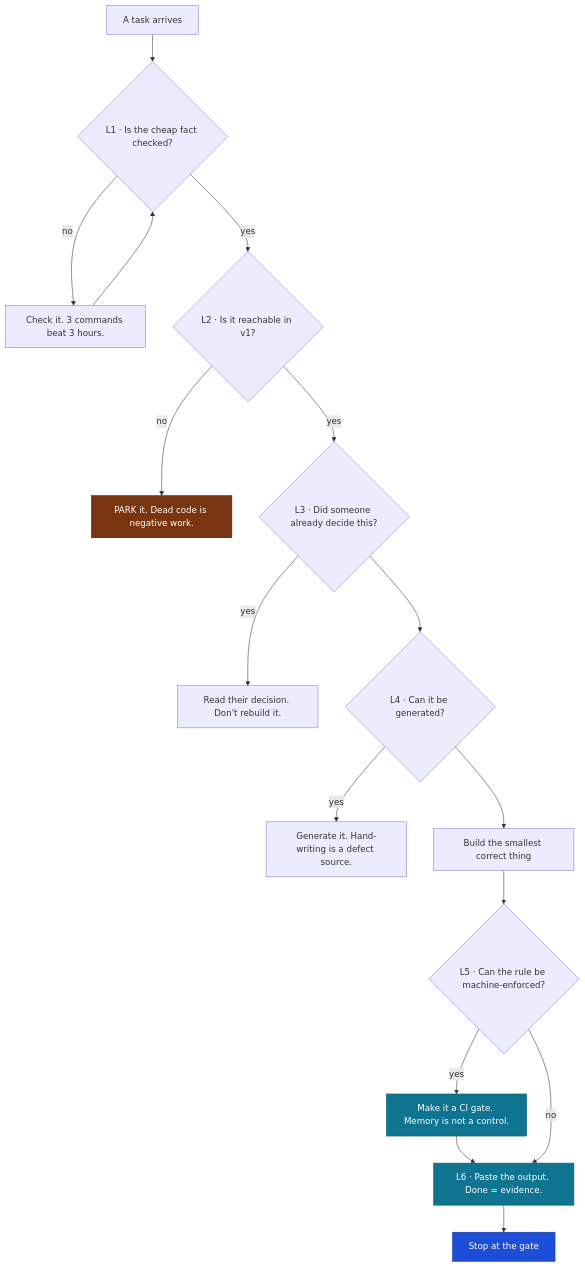
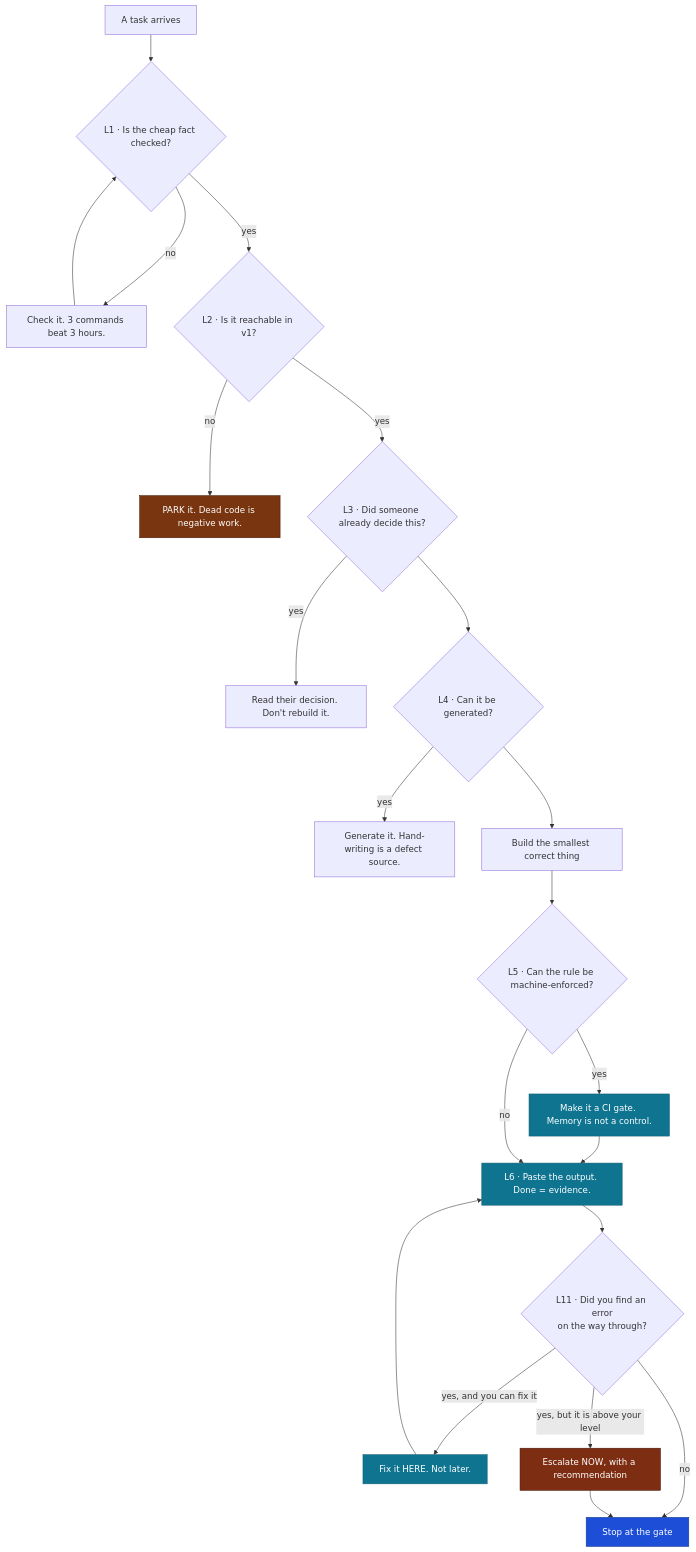
The diagram in docs/process/build-doctrine.md (KSDRILL-SA/fundslink-Academy), drawn with Mermaid before and after one commit. The commit also changed other lines of this file and 2 other files, not shown here.

First line of the commit message:
docs(process): Build Doctrine L11 — fix the error you find, in the work you are doing (#191)

````diff
--- a/docs/process/build-doctrine.md
+++ b/docs/process/build-doctrine.md
@@ -25,22 +25,28 @@
 ```mermaid
 flowchart TD
   A["A task arrives"] --> B{"L1 · Is the cheap fact checked?"}
   B -->|no| B1["Check it. 3 commands beat 3 hours."]
   B1 --> B
   B -->|yes| C{"L2 · Is it reachable in v1?"}
   C -->|no| C1["PARK it. Dead code is negative work."]
   C -->|yes| D{"L3 · Did someone already decide this?"}
   D -->|yes| D1["Read their decision. Don't rebuild it."]
   D --> E{"L4 · Can it be generated?"}
   E -->|yes| E1["Generate it. Hand-writing is a defect source."]
   E --> F["Build the smallest correct thing"]
   F --> G{"L5 · Can the rule be machine-enforced?"}
   G -->|yes| G1["Make it a CI gate. Memory is not a control."]
   G1 --> H
   G -->|no| H["L6 · Paste the output. Done = evidence."]
-  H --> I["Stop at the gate"]
+  H --> J{"L11 · Did you find an error<br/>on the way through?"}
+  J -->|"yes, and you can fix it"| J1["Fix it HERE. Not later."]
+  J1 --> H
+  J -->|"yes, but it is above your level"| J2["Escalate NOW, with a recommendation"]
+  J -->|no| I["Stop at the gate"]
+  J2 --> I
   classDef park fill:#78350f,color:#fff,stroke:#451a03;
   classDef gate fill:#0e7490,color:#fff,stroke:#155e75;
+  classDef esc fill:#7c2d12,color:#fff,stroke:#431407;
   classDef stop fill:#1d4ed8,color:#fff,stroke:#1e3a8a;
-  class C1 park; class G1,H gate; class I stop;
+  class C1 park; class G1,H,J1 gate; class J2 esc; class I stop;
 ```
````
